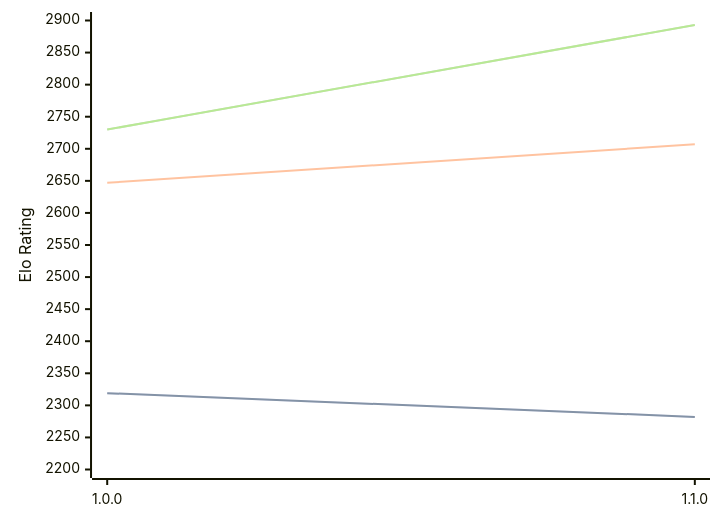
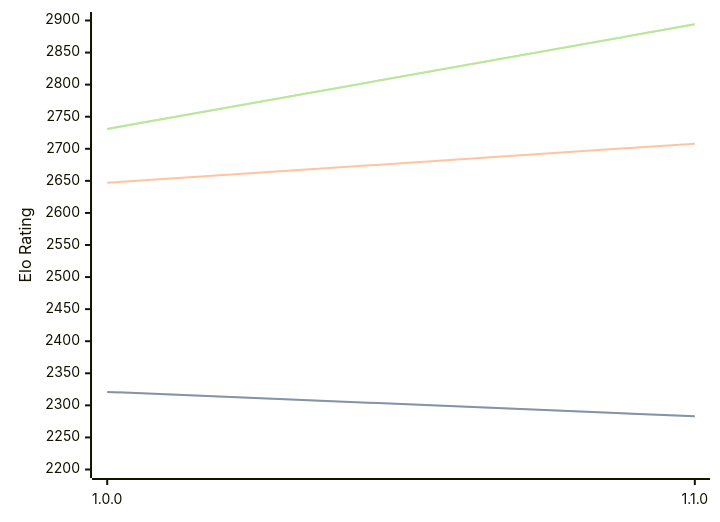
One commit to computer-chess-index/cci changed the diagram in engines/ShallowGuess.md. Above: the diagram before and after it, drawn with Mermaid. The commit also changed other lines of this file, not shown here.

Commit message:
Update CCI Ratings (ELO VLTC) - 2026-06-11

````diff
--- a/engines/ShallowGuess.md
+++ b/engines/ShallowGuess.md
@@ -36,11 +36,11 @@
 ```mermaid
 %%{init: {"theme":"base","themeVariables":{"seriesColors:['#a3a3a3','#222221','#faa371']}}}%%
 xychart-beta
   x-axis ["1.0.0", "1.1.0"]
   y-axis "Elo Rating" 2200 --> 2900
-  line "STC (8.0+0.08s)" [2319, 2282]
-  line "STC (8.0+0.08s)" [2319, 2282]
-  line "LTC (60.0+0.60s)" [2647, 2707]
-  line "VLTC (2m24s+1.12s)" [2730, 2893]
-  line "VLTC (2m24s+1.12s)" [2730, 2893]
+  line "STC (8.0+0.08s)" [2321, 2283]
+  line "STC (8.0+0.08s)" [2321, 2283]
+  line "LTC (60.0+0.60s)" [2647, 2708]
+  line "VLTC (2m24s+1.12s)" [2731, 2894]
+  line "VLTC (2m24s+1.12s)" [2731, 2894]
 ```
````
